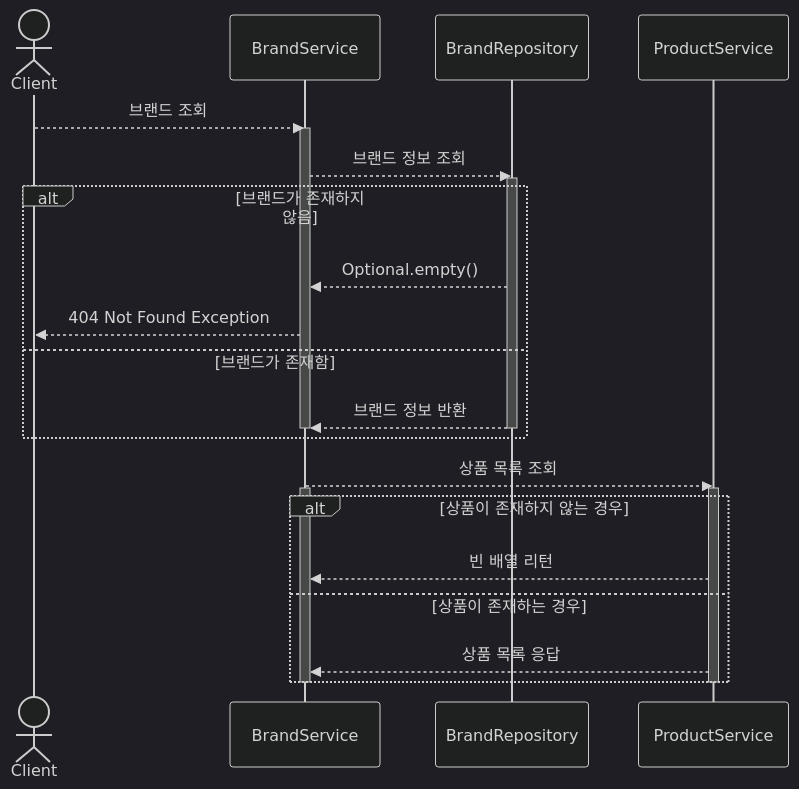
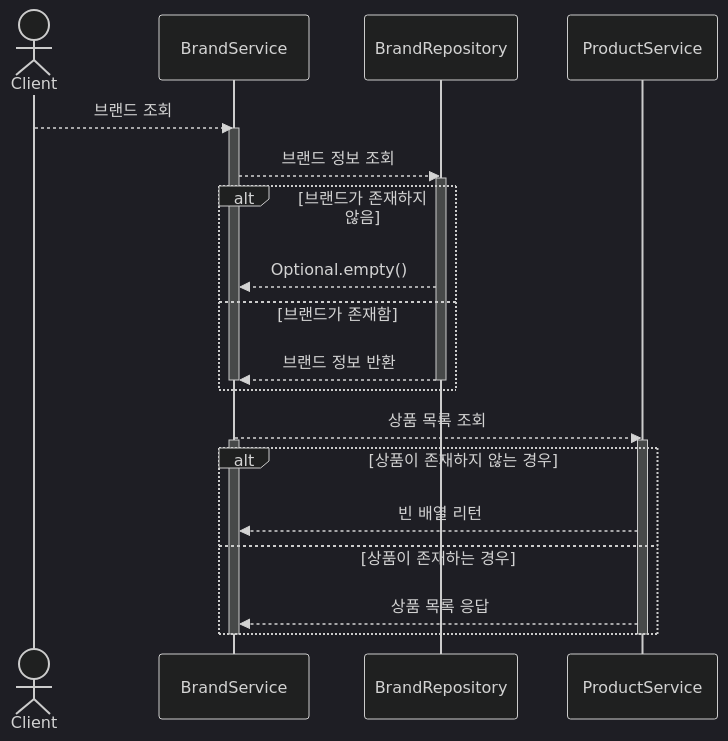
One commit to Roopers-Team-6/younghun changed the first of 4 diagrams in apps/commerce-api/docs/desigin/02-sequence-diagrams.md. Above: the diagram before and after it, drawn with Mermaid (dark theme). The commit also changed other lines of this file, not shown here.

Commit message:
doc: 시퀀스 다이어그램 - activate 수정

````diff
--- a/apps/commerce-api/docs/desigin/02-sequence-diagrams.md
+++ b/apps/commerce-api/docs/desigin/02-sequence-diagrams.md
@@ -5,31 +5,31 @@
 ```mermaid
 sequenceDiagram
     actor U as Client
     participant BS as BrandService
     participant BP as BrandRepository
     participant PS as ProductService
     
     U -->> BS: 브랜드 조회
     activate BS
     BS -->> BP: 브랜드 정보 조회
     activate BP
     alt 브랜드가 존재하지 않음
     BP -->> BS: Optional.empty()
-    BS -->> U: 404 Not Found Exception
+
     else 브랜드가 존재함
     BP -->> BS: 브랜드 정보 반환
     deactivate BP
     deactivate BS
     end
     BS -->> PS: 상품 목록 조회
     activate BS
     activate PS
     alt 상품이 존재하지 않는 경우
         PS -->> BS: 빈 배열 리턴
     else 상품이 존재하는 경우
         PS -->> BS: 상품 목록 응답
     end
     deactivate BS
     deactivate PS
     
 ```
````
